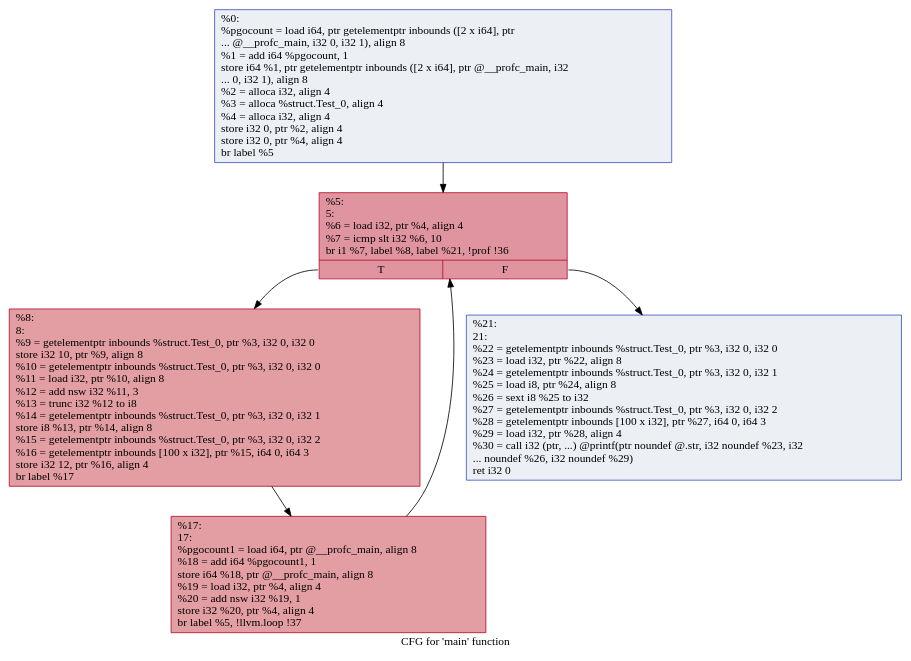
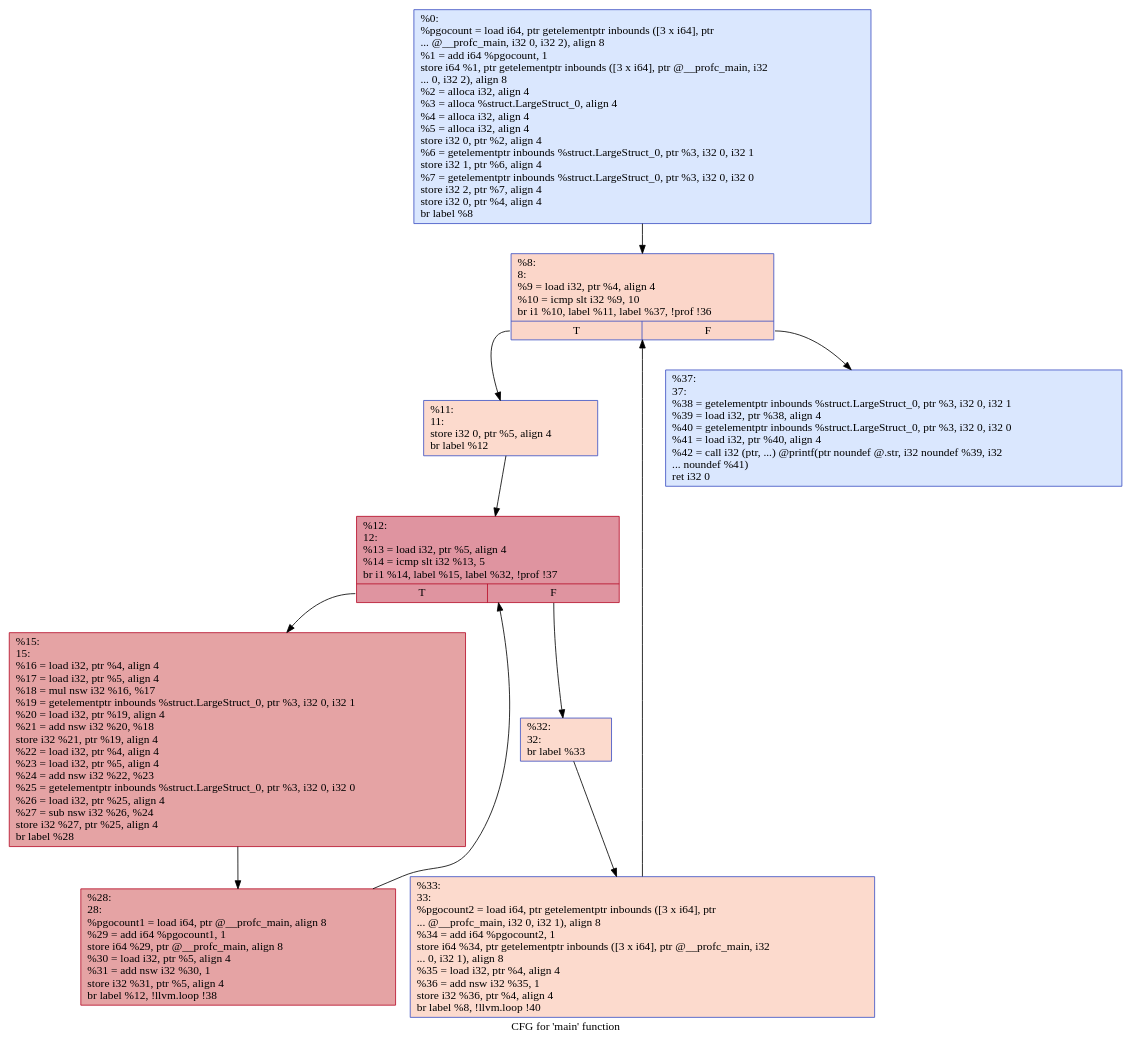
Before and after one commit to show981111/struct-optimization: the diagram in benchmarks/correctness/tmp/.main.dot, drawn with Graphviz. The commit also changed 38 other files, not shown here.

```diff
--- a/benchmarks/correctness/tmp/.main.dot
+++ b/benchmarks/correctness/tmp/.main.dot
@@ -1,14 +1,23 @@
 digraph "CFG for 'main' function" {
 	label="CFG for 'main' function";
 
-	Node0x560e074c33d0 [shape=record,color="#3d50c3ff", style=filled, fillcolor="#d4dbe670",label="{%0:\l  %pgocount = load i64, ptr getelementptr inbounds ([2 x i64], ptr\l... @__profc_main, i32 0, i32 1), align 8\l  %1 = add i64 %pgocount, 1\l  store i64 %1, ptr getelementptr inbounds ([2 x i64], ptr @__profc_main, i32\l... 0, i32 1), align 8\l  %2 = alloca i32, align 4\l  %3 = alloca %struct.Test_0, align 4\l  %4 = alloca i32, align 4\l  store i32 0, ptr %2, align 4\l  store i32 0, ptr %4, align 4\l  br label %5\l}"];
-	Node0x560e074c33d0 -> Node0x560e074cb990;
-	Node0x560e074cb990 [shape=record,color="#b70d28ff", style=filled, fillcolor="#b70d2870",label="{%5:\l5:                                                \l  %6 = load i32, ptr %4, align 4\l  %7 = icmp slt i32 %6, 10\l  br i1 %7, label %8, label %21, !prof !36\l|{<s0>T|<s1>F}}"];
-	Node0x560e074cb990:s0 -> Node0x560e074d6cb0;
-	Node0x560e074cb990:s1 -> Node0x560e074d6d50;
-	Node0x560e074d6cb0 [shape=record,color="#b70d28ff", style=filled, fillcolor="#be242e70",label="{%8:\l8:                                                \l  %9 = getelementptr inbounds %struct.Test_0, ptr %3, i32 0, i32 0\l  store i32 10, ptr %9, align 8\l  %10 = getelementptr inbounds %struct.Test_0, ptr %3, i32 0, i32 0\l  %11 = load i32, ptr %10, align 8\l  %12 = add nsw i32 %11, 3\l  %13 = trunc i32 %12 to i8\l  %14 = getelementptr inbounds %struct.Test_0, ptr %3, i32 0, i32 1\l  store i8 %13, ptr %14, align 8\l  %15 = getelementptr inbounds %struct.Test_0, ptr %3, i32 0, i32 2\l  %16 = getelementptr inbounds [100 x i32], ptr %15, i64 0, i64 3\l  store i32 12, ptr %16, align 4\l  br label %17\l}"];
-	Node0x560e074d6cb0 -> Node0x560e074d6d00;
-	Node0x560e074d6d00 [shape=record,color="#b70d28ff", style=filled, fillcolor="#be242e70",label="{%17:\l17:                                               \l  %pgocount1 = load i64, ptr @__profc_main, align 8\l  %18 = add i64 %pgocount1, 1\l  store i64 %18, ptr @__profc_main, align 8\l  %19 = load i32, ptr %4, align 4\l  %20 = add nsw i32 %19, 1\l  store i32 %20, ptr %4, align 4\l  br label %5, !llvm.loop !37\l}"];
-	Node0x560e074d6d00 -> Node0x560e074cb990;
-	Node0x560e074d6d50 [shape=record,color="#3d50c3ff", style=filled, fillcolor="#d4dbe670",label="{%21:\l21:                                               \l  %22 = getelementptr inbounds %struct.Test_0, ptr %3, i32 0, i32 0\l  %23 = load i32, ptr %22, align 8\l  %24 = getelementptr inbounds %struct.Test_0, ptr %3, i32 0, i32 1\l  %25 = load i8, ptr %24, align 8\l  %26 = sext i8 %25 to i32\l  %27 = getelementptr inbounds %struct.Test_0, ptr %3, i32 0, i32 2\l  %28 = getelementptr inbounds [100 x i32], ptr %27, i64 0, i64 3\l  %29 = load i32, ptr %28, align 4\l  %30 = call i32 (ptr, ...) @printf(ptr noundef @.str, i32 noundef %23, i32\l... noundef %26, i32 noundef %29)\l  ret i32 0\l}"];
+	Node0x55b6f9255720 [shape=record,color="#3d50c3ff", style=filled, fillcolor="#abc8fd70",label="{%0:\l  %pgocount = load i64, ptr getelementptr inbounds ([3 x i64], ptr\l... @__profc_main, i32 0, i32 2), align 8\l  %1 = add i64 %pgocount, 1\l  store i64 %1, ptr getelementptr inbounds ([3 x i64], ptr @__profc_main, i32\l... 0, i32 2), align 8\l  %2 = alloca i32, align 4\l  %3 = alloca %struct.LargeStruct_0, align 4\l  %4 = alloca i32, align 4\l  %5 = alloca i32, align 4\l  store i32 0, ptr %2, align 4\l  %6 = getelementptr inbounds %struct.LargeStruct_0, ptr %3, i32 0, i32 1\l  store i32 1, ptr %6, align 4\l  %7 = getelementptr inbounds %struct.LargeStruct_0, ptr %3, i32 0, i32 0\l  store i32 2, ptr %7, align 4\l  store i32 0, ptr %4, align 4\l  br label %8\l}"];
+	Node0x55b6f9255720 -> Node0x55b6f925bbc0;
+	Node0x55b6f925bbc0 [shape=record,color="#3d50c3ff", style=filled, fillcolor="#f6a38570",label="{%8:\l8:                                                \l  %9 = load i32, ptr %4, align 4\l  %10 = icmp slt i32 %9, 10\l  br i1 %10, label %11, label %37, !prof !36\l|{<s0>T|<s1>F}}"];
+	Node0x55b6f925bbc0:s0 -> Node0x55b6f925bc10;
+	Node0x55b6f925bbc0:s1 -> Node0x55b6f925bdf0;
+	Node0x55b6f925bc10 [shape=record,color="#3d50c3ff", style=filled, fillcolor="#f7ac8e70",label="{%11:\l11:                                               \l  store i32 0, ptr %5, align 4\l  br label %12\l}"];
+	Node0x55b6f925bc10 -> Node0x55b6f925bc60;
+	Node0x55b6f925bc60 [shape=record,color="#b70d28ff", style=filled, fillcolor="#b70d2870",label="{%12:\l12:                                               \l  %13 = load i32, ptr %5, align 4\l  %14 = icmp slt i32 %13, 5\l  br i1 %14, label %15, label %32, !prof !37\l|{<s0>T|<s1>F}}"];
+	Node0x55b6f925bc60:s0 -> Node0x55b6f925bcb0;
+	Node0x55b6f925bc60:s1 -> Node0x55b6f925bd50;
+	Node0x55b6f925bcb0 [shape=record,color="#b70d28ff", style=filled, fillcolor="#c32e3170",label="{%15:\l15:                                               \l  %16 = load i32, ptr %4, align 4\l  %17 = load i32, ptr %5, align 4\l  %18 = mul nsw i32 %16, %17\l  %19 = getelementptr inbounds %struct.LargeStruct_0, ptr %3, i32 0, i32 1\l  %20 = load i32, ptr %19, align 4\l  %21 = add nsw i32 %20, %18\l  store i32 %21, ptr %19, align 4\l  %22 = load i32, ptr %4, align 4\l  %23 = load i32, ptr %5, align 4\l  %24 = add nsw i32 %22, %23\l  %25 = getelementptr inbounds %struct.LargeStruct_0, ptr %3, i32 0, i32 0\l  %26 = load i32, ptr %25, align 4\l  %27 = sub nsw i32 %26, %24\l  store i32 %27, ptr %25, align 4\l  br label %28\l}"];
+	Node0x55b6f925bcb0 -> Node0x55b6f925bd00;
+	Node0x55b6f925bd00 [shape=record,color="#b70d28ff", style=filled, fillcolor="#c32e3170",label="{%28:\l28:                                               \l  %pgocount1 = load i64, ptr @__profc_main, align 8\l  %29 = add i64 %pgocount1, 1\l  store i64 %29, ptr @__profc_main, align 8\l  %30 = load i32, ptr %5, align 4\l  %31 = add nsw i32 %30, 1\l  store i32 %31, ptr %5, align 4\l  br label %12, !llvm.loop !38\l}"];
+	Node0x55b6f925bd00 -> Node0x55b6f925bc60;
+	Node0x55b6f925bd50 [shape=record,color="#3d50c3ff", style=filled, fillcolor="#f7ac8e70",label="{%32:\l32:                                               \l  br label %33\l}"];
+	Node0x55b6f925bd50 -> Node0x55b6f925bda0;
+	Node0x55b6f925bda0 [shape=record,color="#3d50c3ff", style=filled, fillcolor="#f7ac8e70",label="{%33:\l33:                                               \l  %pgocount2 = load i64, ptr getelementptr inbounds ([3 x i64], ptr\l... @__profc_main, i32 0, i32 1), align 8\l  %34 = add i64 %pgocount2, 1\l  store i64 %34, ptr getelementptr inbounds ([3 x i64], ptr @__profc_main, i32\l... 0, i32 1), align 8\l  %35 = load i32, ptr %4, align 4\l  %36 = add nsw i32 %35, 1\l  store i32 %36, ptr %4, align 4\l  br label %8, !llvm.loop !40\l}"];
+	Node0x55b6f925bda0 -> Node0x55b6f925bbc0;
+	Node0x55b6f925bdf0 [shape=record,color="#3d50c3ff", style=filled, fillcolor="#abc8fd70",label="{%37:\l37:                                               \l  %38 = getelementptr inbounds %struct.LargeStruct_0, ptr %3, i32 0, i32 1\l  %39 = load i32, ptr %38, align 4\l  %40 = getelementptr inbounds %struct.LargeStruct_0, ptr %3, i32 0, i32 0\l  %41 = load i32, ptr %40, align 4\l  %42 = call i32 (ptr, ...) @printf(ptr noundef @.str, i32 noundef %39, i32\l... noundef %41)\l  ret i32 0\l}"];
 }
```
